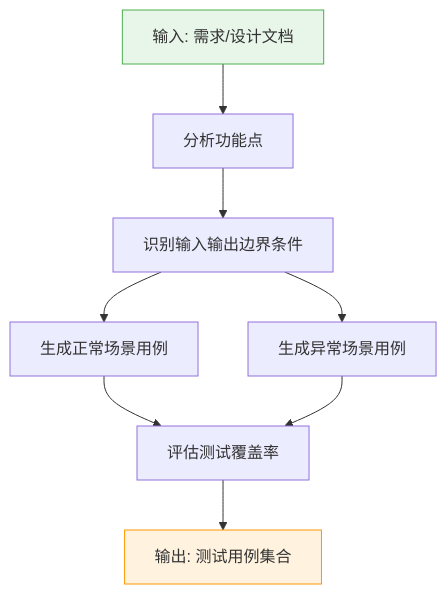
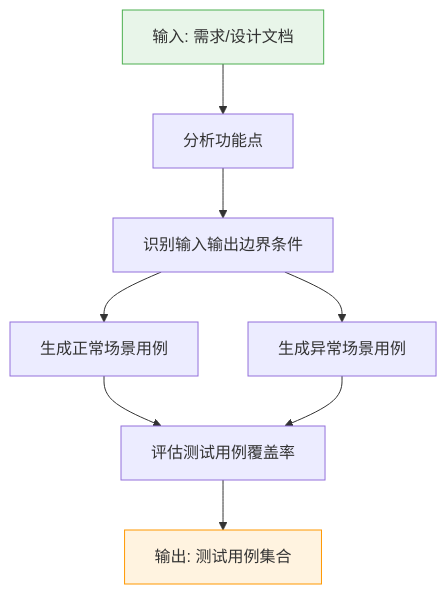
Before and after one commit to WangHHY19931001/Software_Engineering_W_Development_Model_Skills_Pack: the seventh of 12 diagrams in docs/skill-design-document_SSoT.md, drawn with Mermaid. The commit also changed other lines of this file and 41 other files, not shown here.

````diff
--- a/docs/skill-design-document_SSoT.md
+++ b/docs/skill-design-document_SSoT.md
@@ -710,13 +642,13 @@
 ```mermaid
 flowchart TD
     A[输入: 需求/设计文档] --> B[分析功能点]
     B --> C[识别输入输出边界条件]
     C --> D[生成正常场景用例]
     C --> E[生成异常场景用例]
-    D --> F[评估测试覆盖率]
+    D --> F[评估测试用例覆盖率]
     E --> F
     F --> G[输出: 测试用例集合]
     
     style A fill:#e8f5e9,stroke:#4caf50
     style G fill:#fff3e0,stroke:#ff9800
 ```
````
